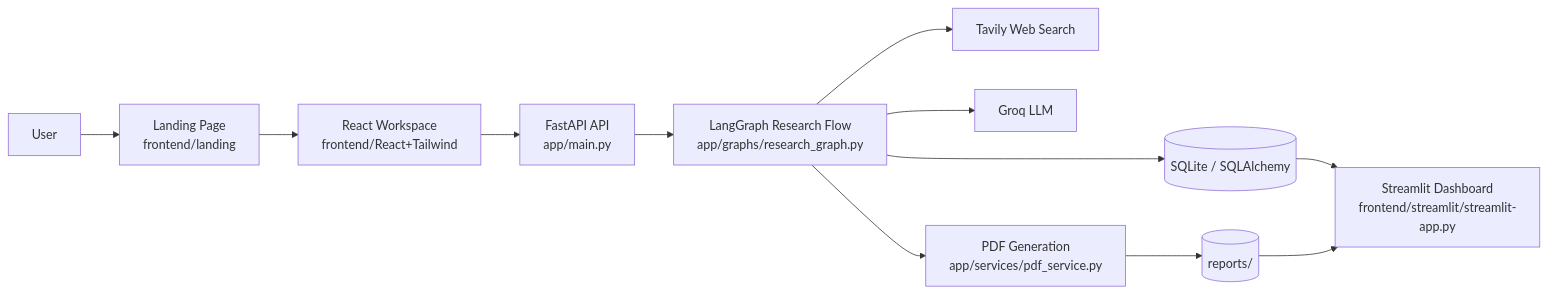
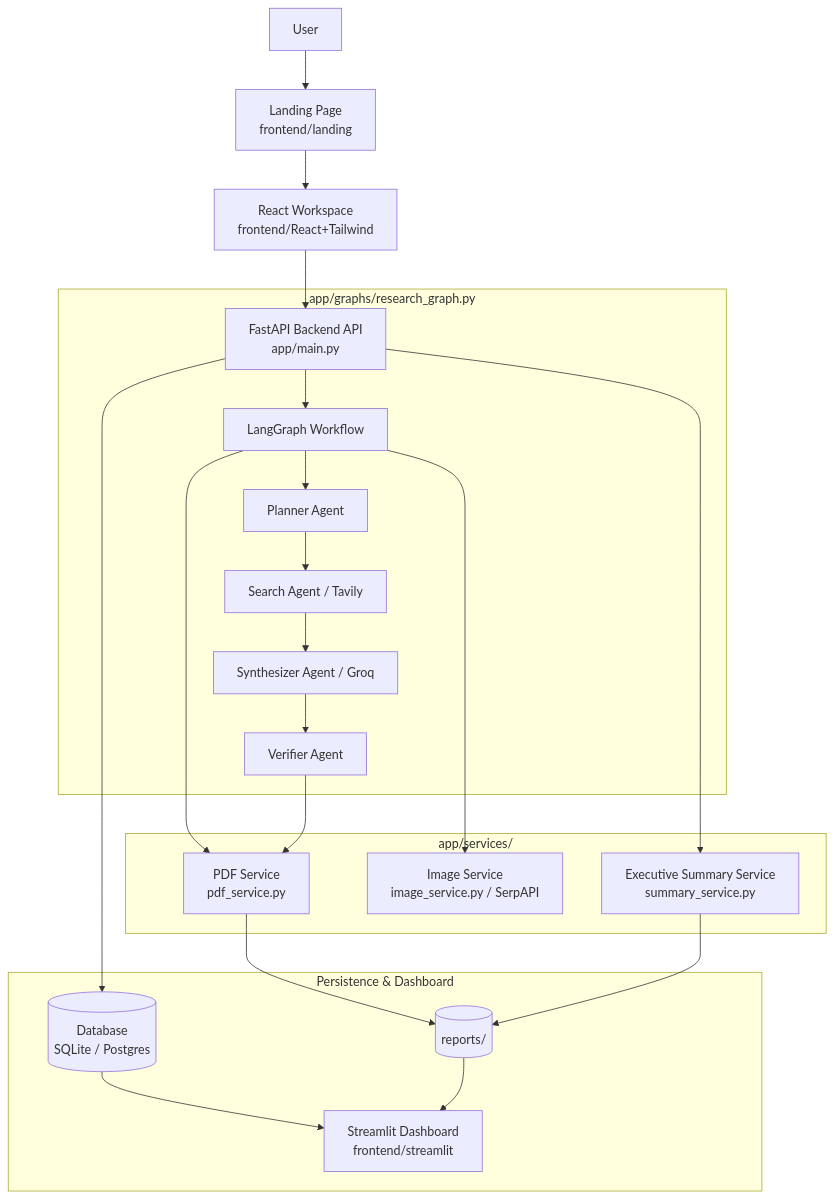
One commit to ArshilTech/insightswarm-sipher-capstone changed the diagram in README.md. Above: the diagram before and after it, drawn with Mermaid. The commit also changed other lines of this file, not shown here.

````diff
--- a/README.md
+++ b/README.md
@@ -28,20 +32,30 @@
 ```mermaid
-flowchart LR
-  U[User] --> L[Landing Page
-frontend/landing]
-  L --> R[React Workspace
-frontend/React+Tailwind]
-  R --> A[FastAPI API
-app/main.py]
-  A --> G[LangGraph Research Flow
-app/graphs/research_graph.py]
-  G --> T[Tavily Web Search]
-  G --> M[Groq LLM]
-  G --> D[(SQLite / SQLAlchemy)]
-  G --> P[PDF Generation
-app/services/pdf_service.py]
-  P --> F[(reports/)]
-  D --> S[Streamlit Dashboard
-frontend/streamlit/streamlit-app.py]
-  F --> S
+flowchart TD
+  U[User] --> L[Landing Page<br/>frontend/landing]
+  L --> R[React Workspace<br/>frontend/React+Tailwind]
+  R --> A[FastAPI Backend API<br/>app/main.py]
+  
+  subgraph Research Engine [app/graphs/research_graph.py]
+    A --> G[LangGraph Workflow]
+    G --> P[Planner Agent]
+    P --> S[Search Agent / Tavily]
+    S --> Syn[Synthesizer Agent / Groq]
+    Syn --> V[Verifier Agent]
+  end
+
+  subgraph Services [app/services/]
+    G --> PDF[PDF Service<br/>pdf_service.py]
+    G --> IMG[Image Service<br/>image_service.py / SerpAPI]
+    A --> SUM[Executive Summary Service<br/>summary_service.py]
+  end
+
+  subgraph Persistence & Dashboard
+    A --> D[(Database<br/>SQLite / Postgres)]
+    PDF --> F[(reports/)]
+    SUM --> F
+    D --> SD[Streamlit Dashboard<br/>frontend/streamlit]
+    F --> SD
+  end
+
+  V --> PDF
 ```
````
